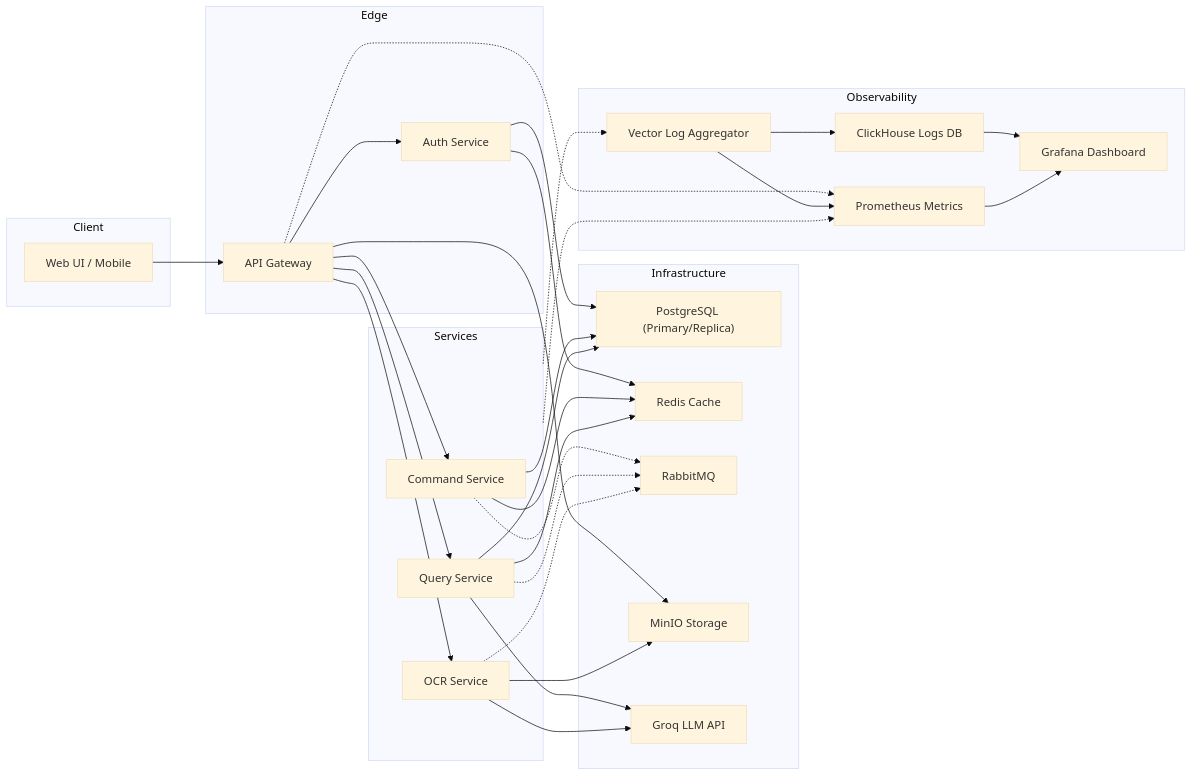
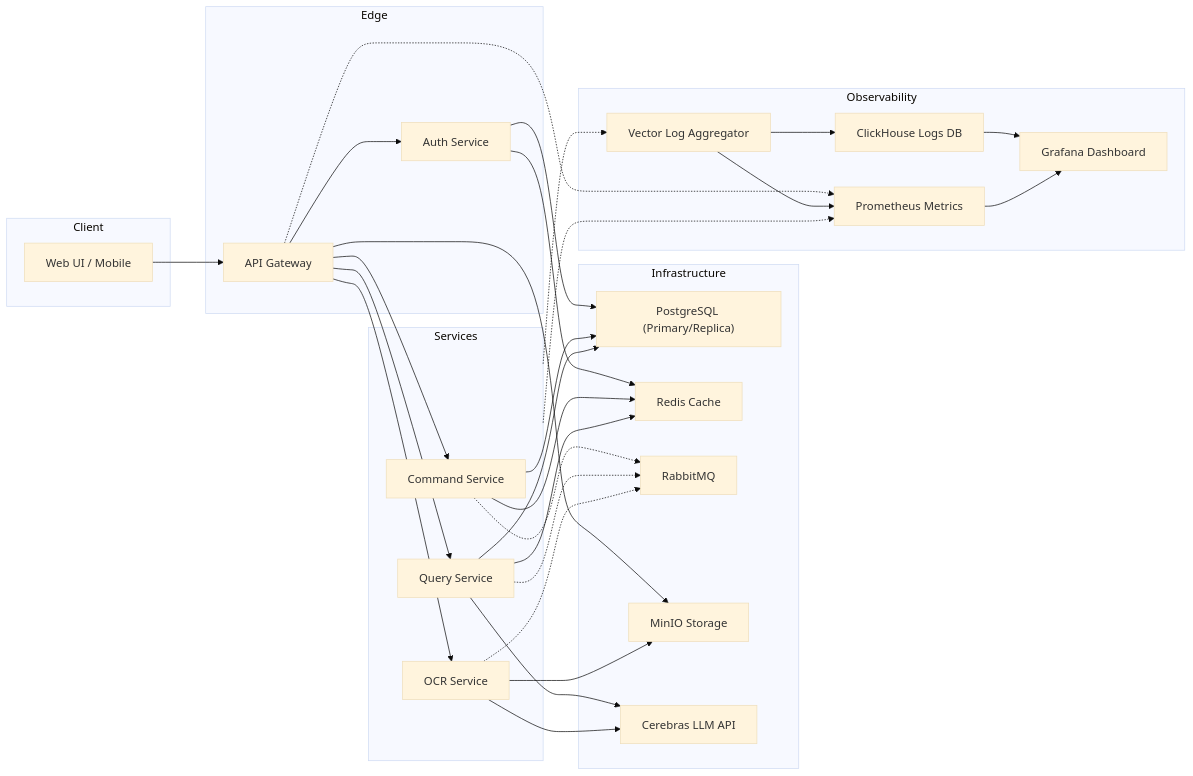
Before and after one commit to verginjose/Personal-Finance-Assistant: the diagram in README.md, drawn with Mermaid (base theme). The commit also changed other lines of this file and 27 other files, not shown here.

First line of the commit message:
feat(llm): switch OCR and AI insights from Groq to Cerebras

````diff
--- a/README.md
+++ b/README.md
@@ -24,53 +24,53 @@
 ```mermaid
 flowchart LR
     subgraph Client
         UI[Web UI / Mobile]
     end
     subgraph Edge
         GW[API Gateway]
         Auth[Auth Service]
     end
     subgraph Services
         Command[Command Service]
         Query[Query Service]
         OCR[OCR Service]
     end
     subgraph Infrastructure
         PG["PostgreSQL (Primary/Replica)"]
         Redis[Redis Cache]
         RMQ[RabbitMQ]
         MinIO[MinIO Storage]
-        Groq[Groq LLM API]
+        Cerebras[Cerebras LLM API]
     end
     subgraph Observability
         Vector[Vector Log Aggregator]
         CH[ClickHouse Logs DB]
         Grafana[Grafana Dashboard]
         Prometheus[Prometheus Metrics]
     end
     UI --> GW
     GW --> Auth
     GW --> Command
     GW --> Query
     GW --> OCR
     GW --> MinIO
     Auth --> PG
     Command --> PG
     Query --> PG
     Auth --> Redis
     Command --> Redis
     Query --> Redis
     Command -.-> RMQ
     Query -.-> RMQ
     OCR -.-> RMQ
     OCR --> MinIO
-    Query --> Groq
-    OCR --> Groq
+    Query --> Cerebras
+    OCR --> Cerebras
     Services -.-> Vector
     Services -.-> Prometheus
     GW -.-> Prometheus
     Vector --> CH
     Vector --> Prometheus
     CH --> Grafana
     Prometheus --> Grafana
 ```
````
